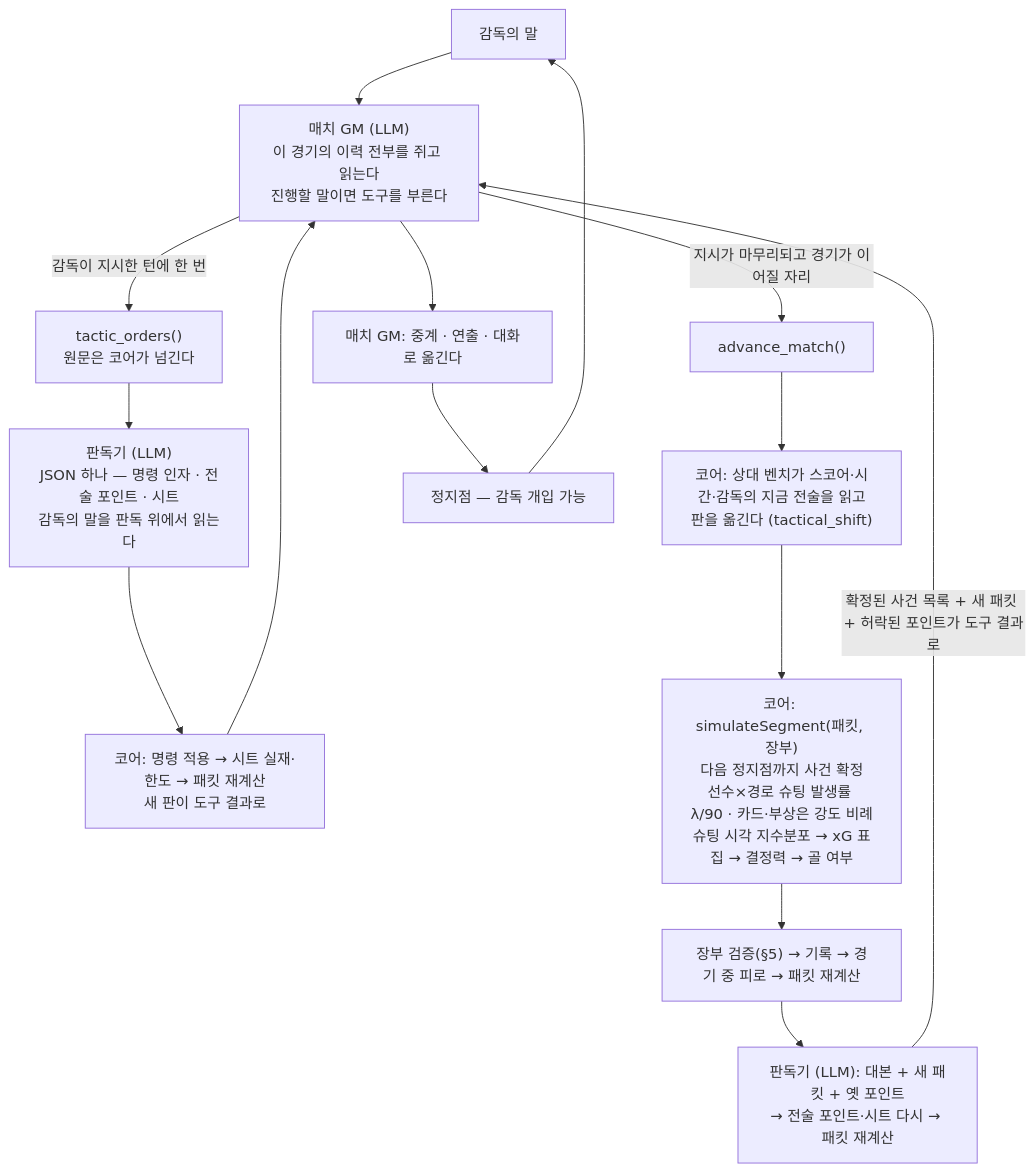
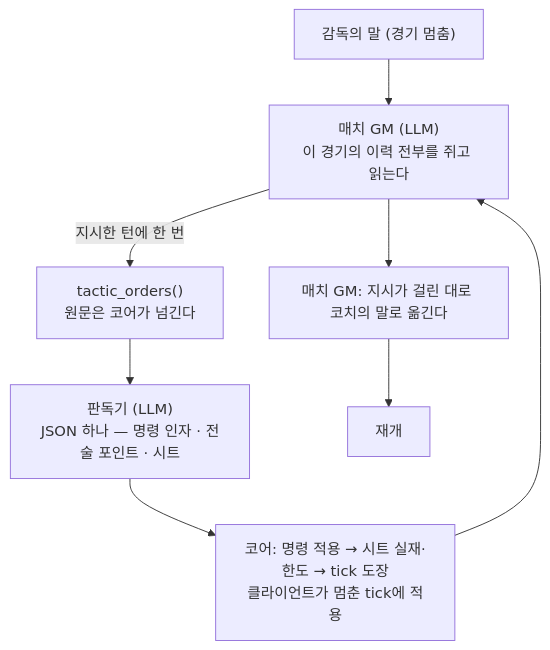
One commit to dhoonjang/story-fm changed the second of 2 diagrams in docs/simulation/match.md. Above: the diagram before and after it, drawn with Mermaid. The commit also changed other lines of this file and 320 other files, not shown here.

First line of the commit message:
feat(match): 감독의 경기를 선수 단위 공간 시뮬로 돌리고, 정지점마다 판독기와 경기 GM이 함께 선다

````diff
--- a/docs/simulation/match.md
+++ b/docs/simulation/match.md
@@ -1015,17 +110,10 @@
 ```mermaid
 flowchart TB
-  A["감독의 말"] --> B["매치 GM (LLM)<br/>이 경기의 이력 전부를 쥐고 읽는다<br/>진행할 말이면 도구를 부른다"]
-  B -->|"감독이 지시한 턴에 한 번"| C["tactic_orders()<br/>원문은 코어가 넘긴다"]
-  C --> C1["판독기 (LLM)<br/>JSON 하나 — 명령 인자 · 전술 포인트 · 시트<br/>감독의 말을 판독 위에서 읽는다"]
-  C1 --> C2["코어: 명령 적용 → 시트 실재·한도 → 패킷 재계산<br/>새 판이 도구 결과로"]
+  A["감독의 말 (경기 멈춤)"] --> B["매치 GM (LLM)<br/>이 경기의 이력 전부를 쥐고 읽는다"]
+  B -->|"지시한 턴에 한 번"| C["tactic_orders()<br/>원문은 코어가 넘긴다"]
+  C --> C1["판독기 (LLM)<br/>JSON 하나 — 명령 인자 · 전술 포인트 · 시트"]
+  C1 --> C2["코어: 명령 적용 → 시트 실재·한도 → tick 도장<br/>클라이언트가 멈춘 tick에 적용"]
   C2 --> B
-  B -->|"지시가 마무리되고 경기가 이어질 자리"| D["advance_match()"]
-  D --> D1["코어: 상대 벤치가 스코어·시간·감독의 지금 전술을 읽고<br/>판을 옮긴다 (tactical_shift)"]
-  D1 --> D2["코어: simulateSegment(패킷, 장부)<br/>다음 정지점까지 사건 확정<br/>선수×경로 슈팅 발생률 λ/90 · 카드·부상은 강도 비례<br/>슈팅 시각 지수분포 → xG 표집 → 결정력 → 골 여부"]
-  D2 --> D3["장부 검증(§5) → 기록 → 경기 중 피로 → 패킷 재계산"]
-  D3 --> D4["판독기 (LLM): 대본 + 새 패킷 + 옛 포인트<br/>→ 전술 포인트·시트 다시 → 패킷 재계산"]
-  D4 -->|"확정된 사건 목록 + 새 패킷 + 허락된 포인트가 도구 결과로"| B
-  B --> E["매치 GM: 중계 · 연출 · 대화로 옮긴다"]
-  E --> F["정지점 — 감독 개입 가능"]
-  F --> A
+  B --> E["매치 GM: 지시가 걸린 대로 코치의 말로 옮긴다"]
+  E --> F["재개"]
 ```
````
